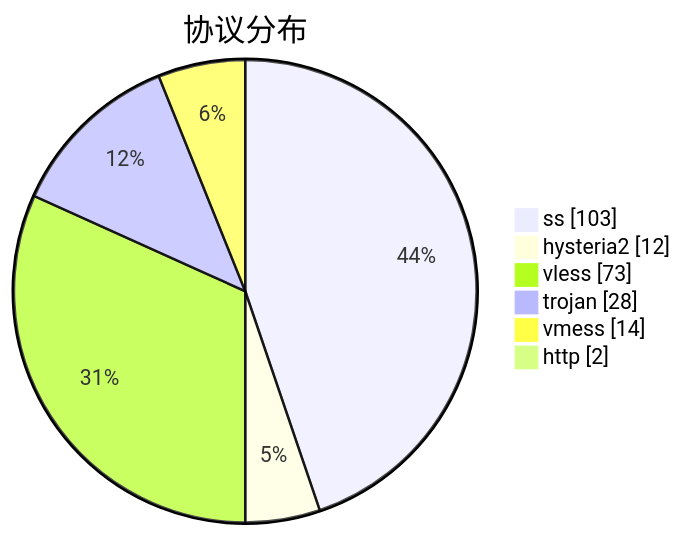
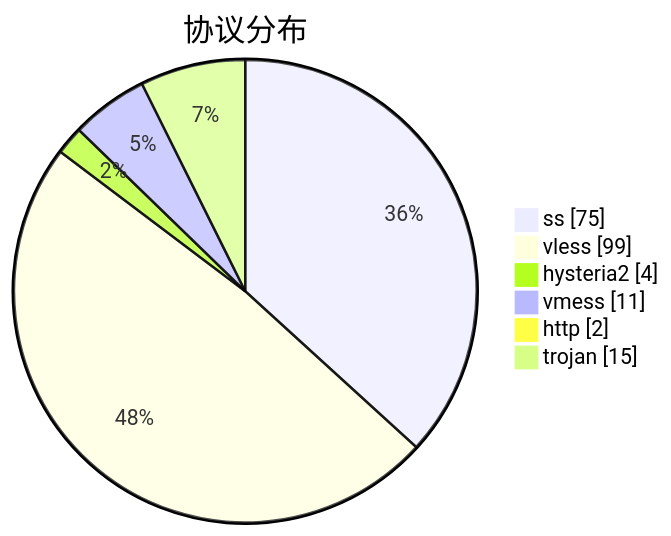
Before and after one commit to sinspired/airport: the third of 3 diagrams in subs/statistics/tested_within.md, drawn with Mermaid. The commit also changed other lines of this file and 2 other files, not shown here.

````diff
--- a/subs/statistics/tested_within.md
+++ b/subs/statistics/tested_within.md
@@ -45,10 +41,10 @@
 ```mermaid
 pie showData
 title 协议分布
-"ss" : 103
-"hysteria2" : 12
-"vless" : 73
-"trojan" : 28
-"vmess" : 14
+"ss" : 75
+"vless" : 99
+"hysteria2" : 4
+"vmess" : 11
 "http" : 2
+"trojan" : 15
 ```
````
